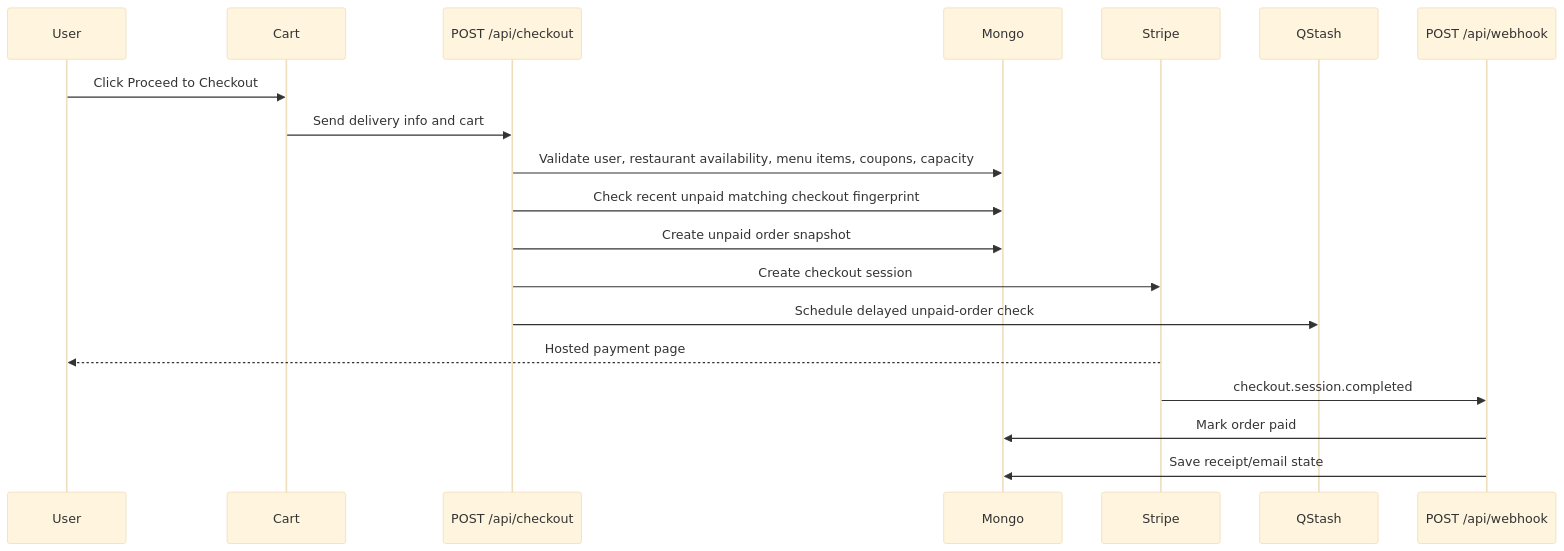
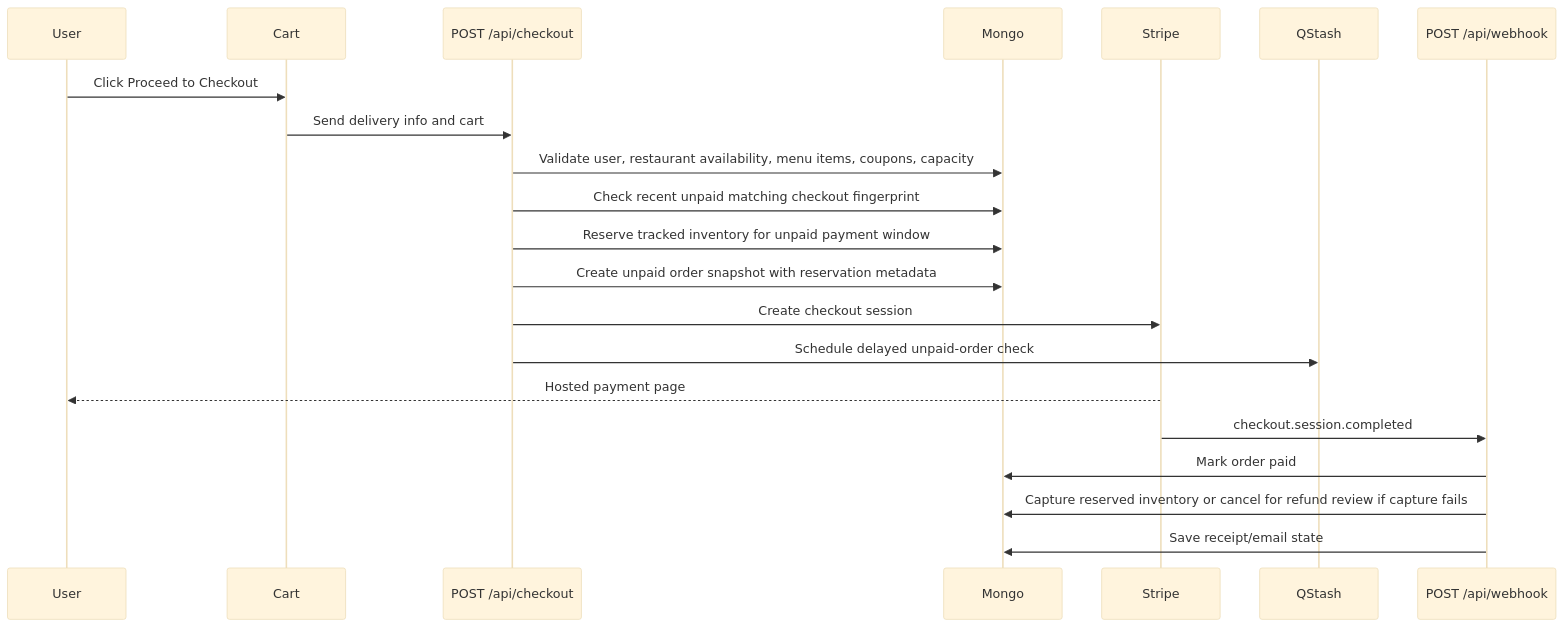
Before and after one commit to kimamovic21/food-ordering-app-nextjs16-2025: the fifth of 9 diagrams in ARCHITECTURE.md, drawn with Mermaid (base theme). The commit also changed other lines of this file and 18 other files, not shown here.

````diff
--- a/ARCHITECTURE.md
+++ b/ARCHITECTURE.md
@@ -220,22 +224,24 @@
 ```mermaid
 sequenceDiagram
   participant User
   participant Cart
   participant CheckoutAPI as POST /api/checkout
   participant Mongo
   participant Stripe
   participant QStash
   participant Webhook as POST /api/webhook
 
   User->>Cart: Click Proceed to Checkout
   Cart->>CheckoutAPI: Send delivery info and cart
   CheckoutAPI->>Mongo: Validate user, restaurant availability, menu items, coupons, capacity
   CheckoutAPI->>Mongo: Check recent unpaid matching checkout fingerprint
-  CheckoutAPI->>Mongo: Create unpaid order snapshot
+  CheckoutAPI->>Mongo: Reserve tracked inventory for unpaid payment window
+  CheckoutAPI->>Mongo: Create unpaid order snapshot with reservation metadata
   CheckoutAPI->>Stripe: Create checkout session
   CheckoutAPI->>QStash: Schedule delayed unpaid-order check
   Stripe-->>User: Hosted payment page
   Stripe->>Webhook: checkout.session.completed
   Webhook->>Mongo: Mark order paid
+  Webhook->>Mongo: Capture reserved inventory or cancel for refund review if capture fails
   Webhook->>Mongo: Save receipt/email state
 ```
````
